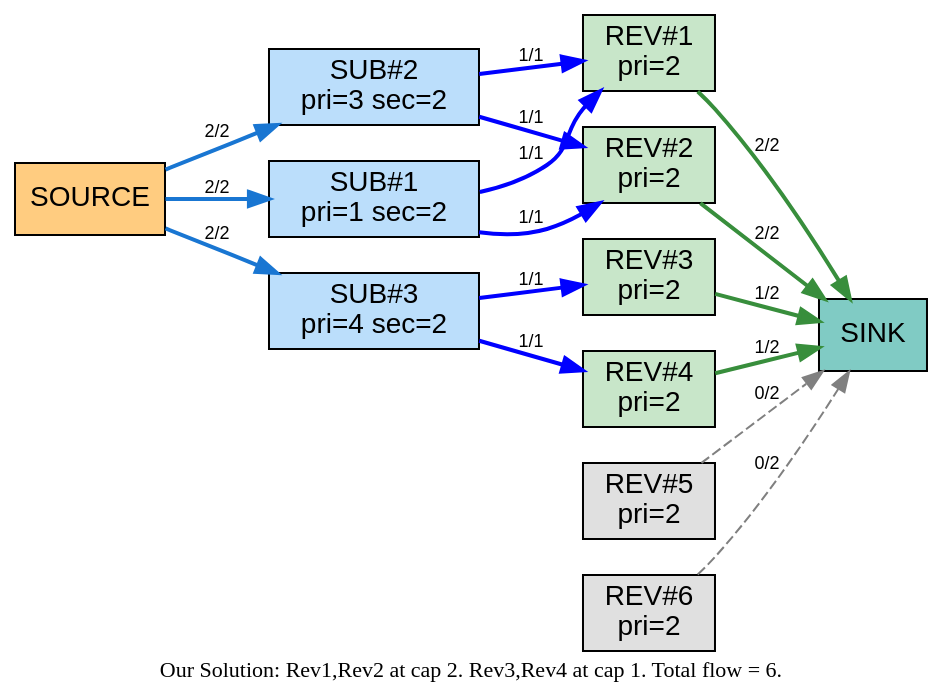
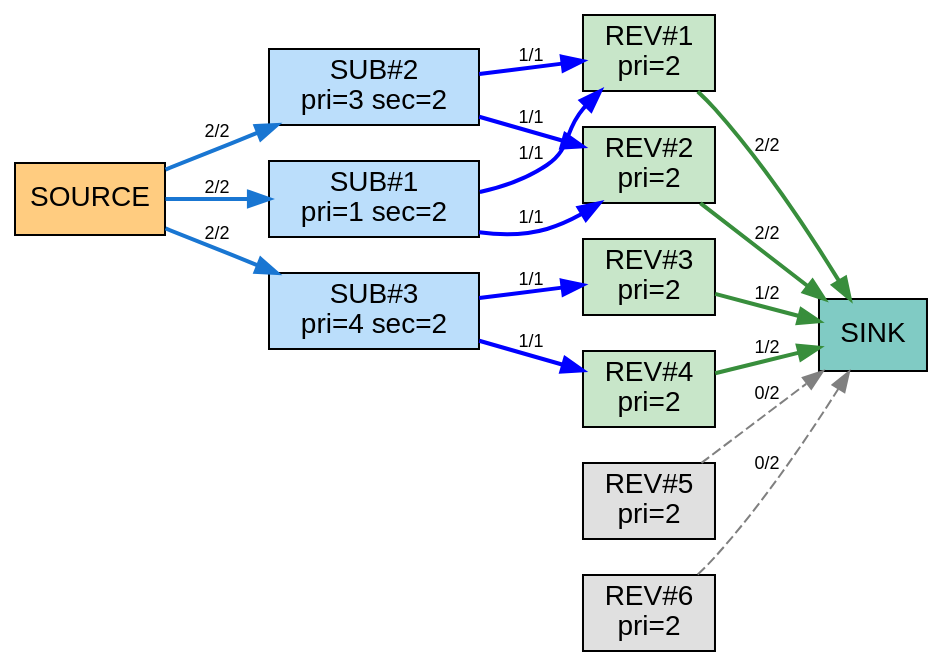
One commit to AlexDTT/MaxflowProject changed the diagram in dox/test_diff_ours.dot. Above: the diagram before and after it, drawn with Graphviz. The commit also changed 6 other files, not shown here.

Commit message:
Update complexity annotations and documentation for flow algorithms

```diff
--- a/dox/test_diff_ours.dot
+++ b/dox/test_diff_ours.dot
@@ -1,48 +1,44 @@
 digraph TestDiff_OurSolution {
     rankdir=LR;
     graph [bgcolor="transparent"];
     node [shape=box, style=filled, fillcolor=white, fontname="Helvetica"];
     edge [fontname="Helvetica", fontsize=9];
 
     // Source and Sink
     "SOURCE" [fillcolor="#ffcc80"];
     "SINK"   [fillcolor="#80cbc4"];
 
     // Submissions (all have sec=2)
     "SUB#1\npri=1 sec=2" [fillcolor="#bbdefb"];
     "SUB#2\npri=3 sec=2" [fillcolor="#bbdefb"];
     "SUB#3\npri=4 sec=2" [fillcolor="#bbdefb"];
 
     // Reviewers (all pri=2)
     "REV#1\npri=2" [fillcolor="#c8e6c9"];
     "REV#2\npri=2" [fillcolor="#c8e6c9"];
     "REV#3\npri=2" [fillcolor="#c8e6c9"];
     "REV#4\npri=2" [fillcolor="#c8e6c9"];
     "REV#5\npri=2" [fillcolor="#e0e0e0"];
     "REV#6\npri=2" [fillcolor="#e0e0e0"];
 
     // Source -> Submissions (cap=2)
     "SOURCE" -> "SUB#1\npri=1 sec=2" [label="2/2", color="#1976d2", penwidth=2.0];
     "SOURCE" -> "SUB#2\npri=3 sec=2" [label="2/2", color="#1976d2", penwidth=2.0];
     "SOURCE" -> "SUB#3\npri=4 sec=2" [label="2/2", color="#1976d2", penwidth=2.0];
 
     // Our assigned edges (via sec=2 == pri=2)
     "SUB#1\npri=1 sec=2" -> "REV#1\npri=2" [label="1/1", color=blue, penwidth=2.0];
     "SUB#1\npri=1 sec=2" -> "REV#2\npri=2" [label="1/1", color=blue, penwidth=2.0];
     "SUB#2\npri=3 sec=2" -> "REV#1\npri=2" [label="1/1", color=blue, penwidth=2.0];
     "SUB#2\npri=3 sec=2" -> "REV#2\npri=2" [label="1/1", color=blue, penwidth=2.0];
     "SUB#3\npri=4 sec=2" -> "REV#3\npri=2" [label="1/1", color=blue, penwidth=2.0];
     "SUB#3\npri=4 sec=2" -> "REV#4\npri=2" [label="1/1", color=blue, penwidth=2.0];
 
     // Unused edges
     "REV#3\npri=2" -> "SINK" [label="1/2", color="#388e3c", penwidth=2.0];
     "REV#4\npri=2" -> "SINK" [label="1/2", color="#388e3c", penwidth=2.0];
     "REV#1\npri=2" -> "SINK" [label="2/2", color="#388e3c", penwidth=2.0];
     "REV#2\npri=2" -> "SINK" [label="2/2", color="#388e3c", penwidth=2.0];
     "REV#5\npri=2" -> "SINK" [label="0/2", color=gray, style=dashed];
     "REV#6\npri=2" -> "SINK" [label="0/2", color=gray, style=dashed];
-
-    label="Our Solution: Rev1,Rev2 at cap 2. Rev3,Rev4 at cap 1. Total flow = 6.";
-    labelloc=b;
-    fontsize=11;
 }
```
